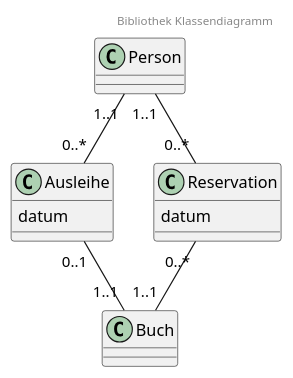
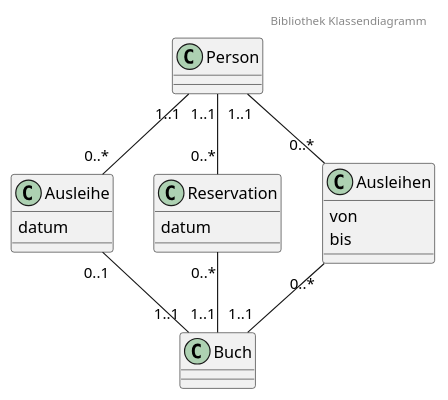
One commit to rb-bbw/M153_Bibliothek changed the diagram in Bibliothek Klassen.puml. Above: the diagram before and after it, drawn with PlantUML. The commit also changed 1 other file, not shown here.

```diff
--- a/Bibliothek Klassen.puml
+++ b/Bibliothek Klassen.puml
@@ -1,20 +1,28 @@
 @startuml
 'https://plantuml.com/class-diagram
 header Bibliothek Klassendiagramm
 
 class Person
 class Buch
 class Ausleihe {
     datum
 }
 class Reservation {
     datum
 }
+class Ausleihen {
+    von
+    bis
+}
 
 Person "1..1" -- "0..*" Ausleihe
 Ausleihe "0..1" -- "1..1" Buch
 
 Person "1..1" -- "0..*" Reservation
 Reservation "0..*" -- "1..1" Buch
 
+
+Person "1..1" -- "0..*" Ausleihen
+Ausleihen "0..*" -- "1..1" Buch
+
 @enduml
```
